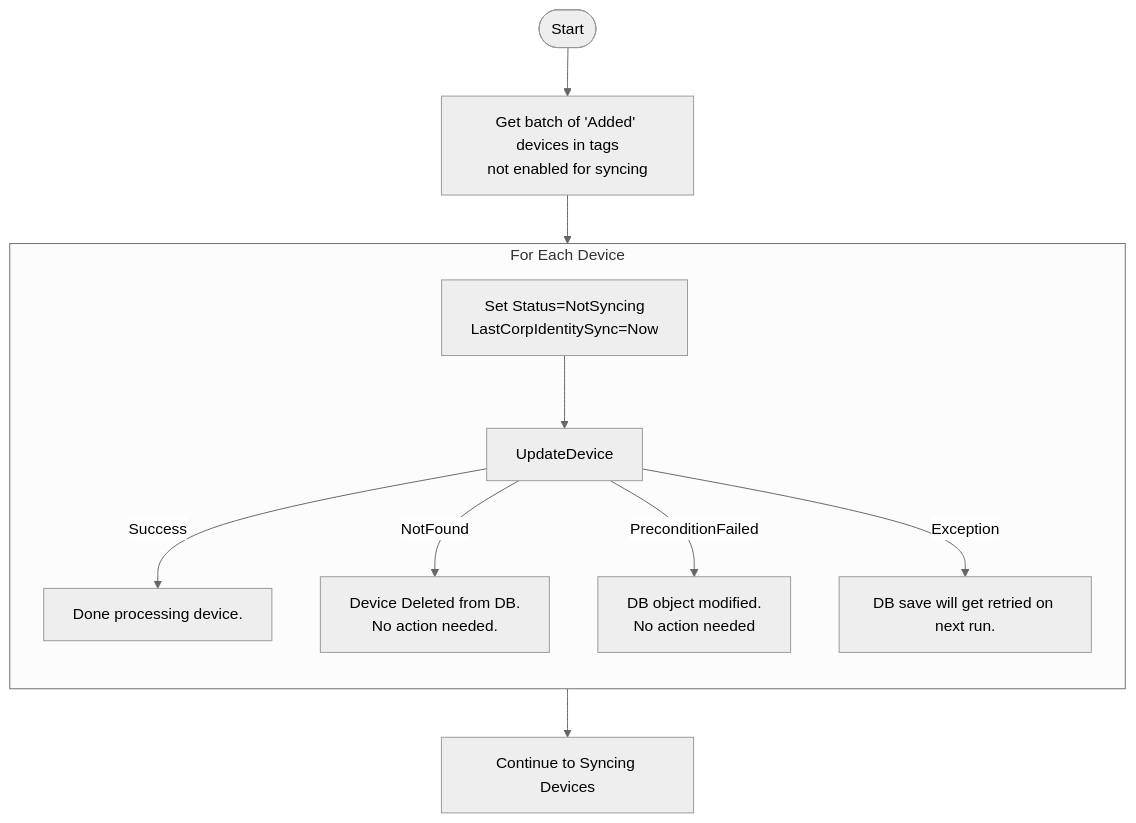
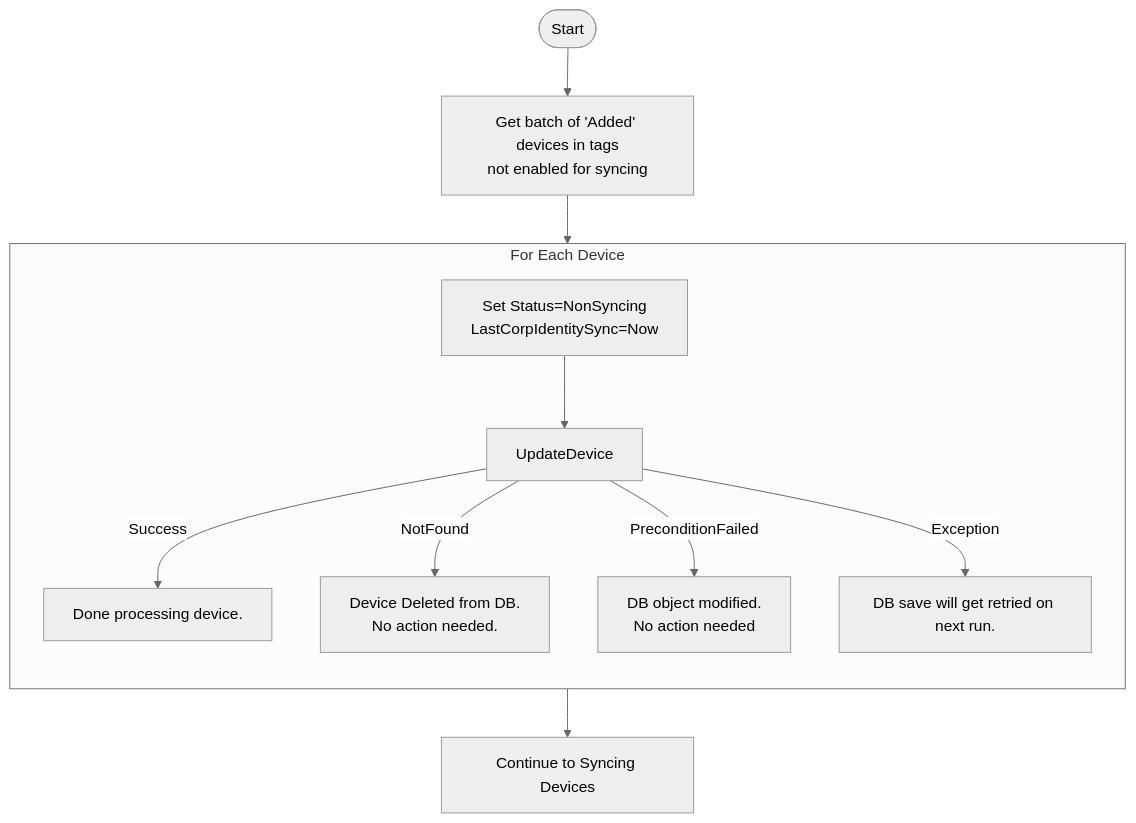
One commit to kenjohnson03/DelegationStation changed the diagram in CorporateIdentifierSync/Documents/FlowCharts/AddNewDevices-NonSyncing.md. Above: the diagram before and after it, drawn with Mermaid (neutral theme). The commit also changed 18 other files, not shown here.

Commit message:
Rename non-syncing device state

````diff
--- a/CorporateIdentifierSync/Documents/FlowCharts/AddNewDevices-NonSyncing.md
+++ b/CorporateIdentifierSync/Documents/FlowCharts/AddNewDevices-NonSyncing.md
@@ -1,21 +1,21 @@
 ```mermaid
 flowchart TD
     START([Start]) --> NSG["Get batch of 'Added' devices in tags<br/>not enabled for syncing"]
     NSG --> LOOP
 
     subgraph LOOP ["For Each Device"]
         direction TB
 
-        NSS2["Set Status=NotSyncing<br/>LastCorpIdentitySync=Now"]
+        NSS2["Set Status=NonSyncing<br/>LastCorpIdentitySync=Now"]
         NSS2 --> NSU[UpdateDevice]
 
         NSU -->|Success| X[Done processing device.]
         NSU -->|NotFound| NSNF["Device Deleted from DB.<br/>No action needed."]
         NSU -->|PreconditionFailed| NSPF["DB object modified.<br/>No action needed"]
         NSU -->|Exception| NSEX["DB save will get retried on next run."]
 
     end
 
     LOOP --> END[Continue to Syncing Devices]
 
  ```
````
